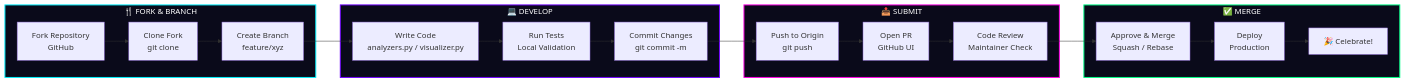
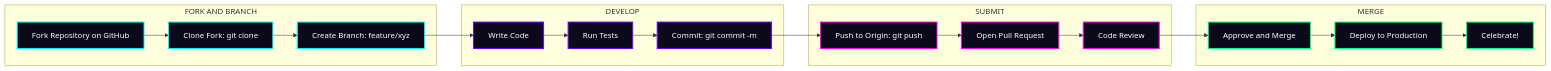
One commit to issu321/Programming-Visualization changed diagram 17 of 21 in README.md. Above: the diagram before and after it, drawn with Mermaid. The commit also changed other lines of this file, not shown here.

````diff
--- a/README.md
+++ b/README.md
@@ -1420,33 +1294,37 @@
 ```mermaid
 graph LR
-    subgraph FORK["🍴 FORK & BRANCH"]
-        F1["Fork Repository<br/>GitHub"]
-        F2["Clone Fork<br/>git clone"]
-        F3["Create Branch<br/>feature/xyz"]
+    subgraph FORK["FORK AND BRANCH"]
+        F1["Fork Repository on GitHub"]
+        F2["Clone Fork: git clone"]
+        F3["Create Branch: feature/xyz"]
     end
 
-    subgraph CODE["💻 DEVELOP"]
-        C1["Write Code<br/>analyzers.py / visualizer.py"]
-        C2["Run Tests<br/>Local Validation"]
-        C3["Commit Changes<br/>git commit -m"]
+    subgraph CODE["DEVELOP"]
+        C1["Write Code"]
+        C2["Run Tests"]
+        C3["Commit: git commit -m"]
     end
 
-    subgraph PUSH["📤 SUBMIT"]
-        P1["Push to Origin<br/>git push"]
-        P2["Open PR<br/>GitHub UI"]
-        P3["Code Review<br/>Maintainer Check"]
+    subgraph PUSH["SUBMIT"]
+        P1["Push to Origin: git push"]
+        P2["Open Pull Request"]
+        P3["Code Review"]
     end
 
-    subgraph MERGE["✅ MERGE"]
-        M1["Approve & Merge<br/>Squash / Rebase"]
-        M2["Deploy<br/>Production"]
-        M3["🎉 Celebrate!"]
+    subgraph MERGE["MERGE"]
+        M1["Approve and Merge"]
+        M2["Deploy to Production"]
+        M3["Celebrate!"]
     end
 
     F1 --> F2 --> F3 --> C1 --> C2 --> C3 --> P1 --> P2 --> P3 --> M1 --> M2 --> M3
 
-    style FORK fill:#0a0a1a,stroke:#00f2ff,stroke-width:2px,color:#fff
-    style CODE fill:#0a0a1a,stroke:#7000ff,stroke-width:2px,color:#fff
-    style PUSH fill:#0a0a1a,stroke:#ff00e6,stroke-width:2px,color:#fff
-    style MERGE fill:#0a0a1a,stroke:#00ff88,stroke-width:2px,color:#fff
+    classDef fork fill:#0a0a1a,stroke:#00f2ff,stroke-width:2px,color:#fff
+    classDef code fill:#0a0a1a,stroke:#7000ff,stroke-width:2px,color:#fff
+    classDef push fill:#0a0a1a,stroke:#ff00e6,stroke-width:2px,color:#fff
+    classDef merge fill:#0a0a1a,stroke:#00ff88,stroke-width:2px,color:#fff
+    class F1,F2,F3 fork
+    class C1,C2,C3 code
+    class P1,P2,P3 push
+    class M1,M2,M3 merge
 ```
````
